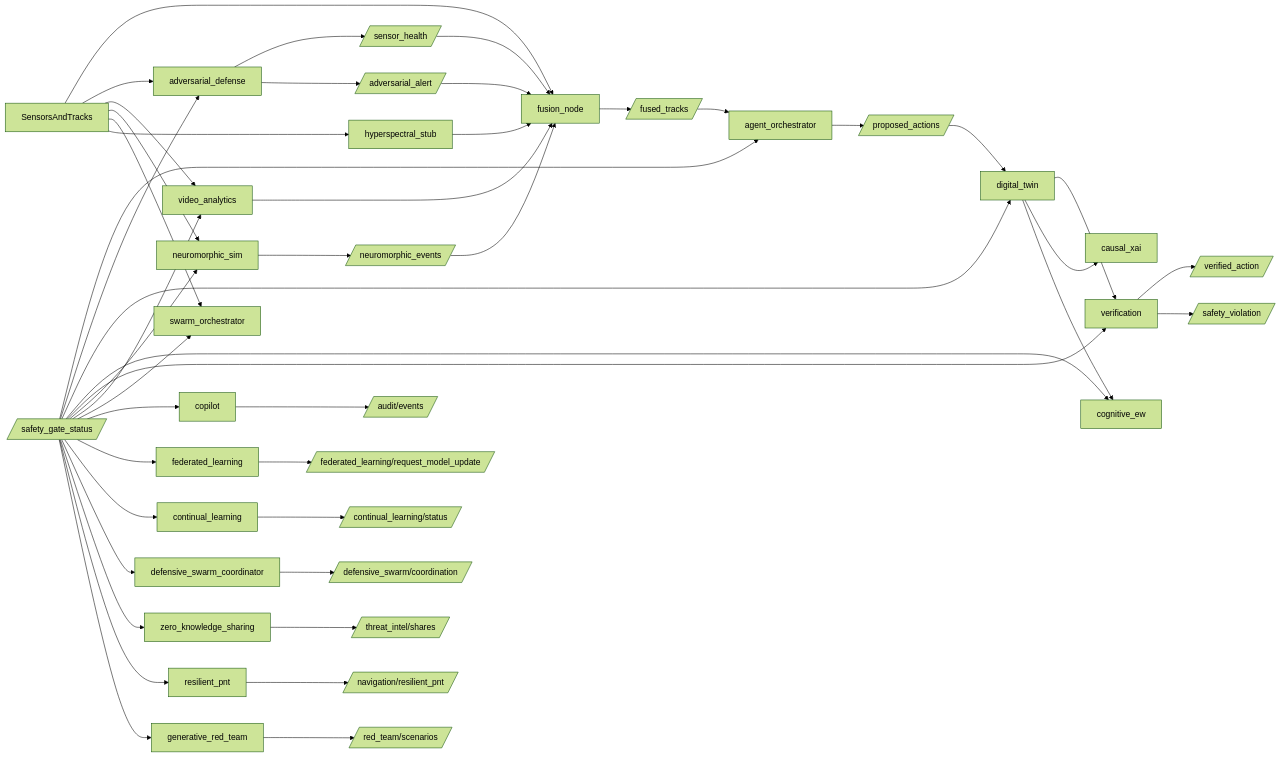
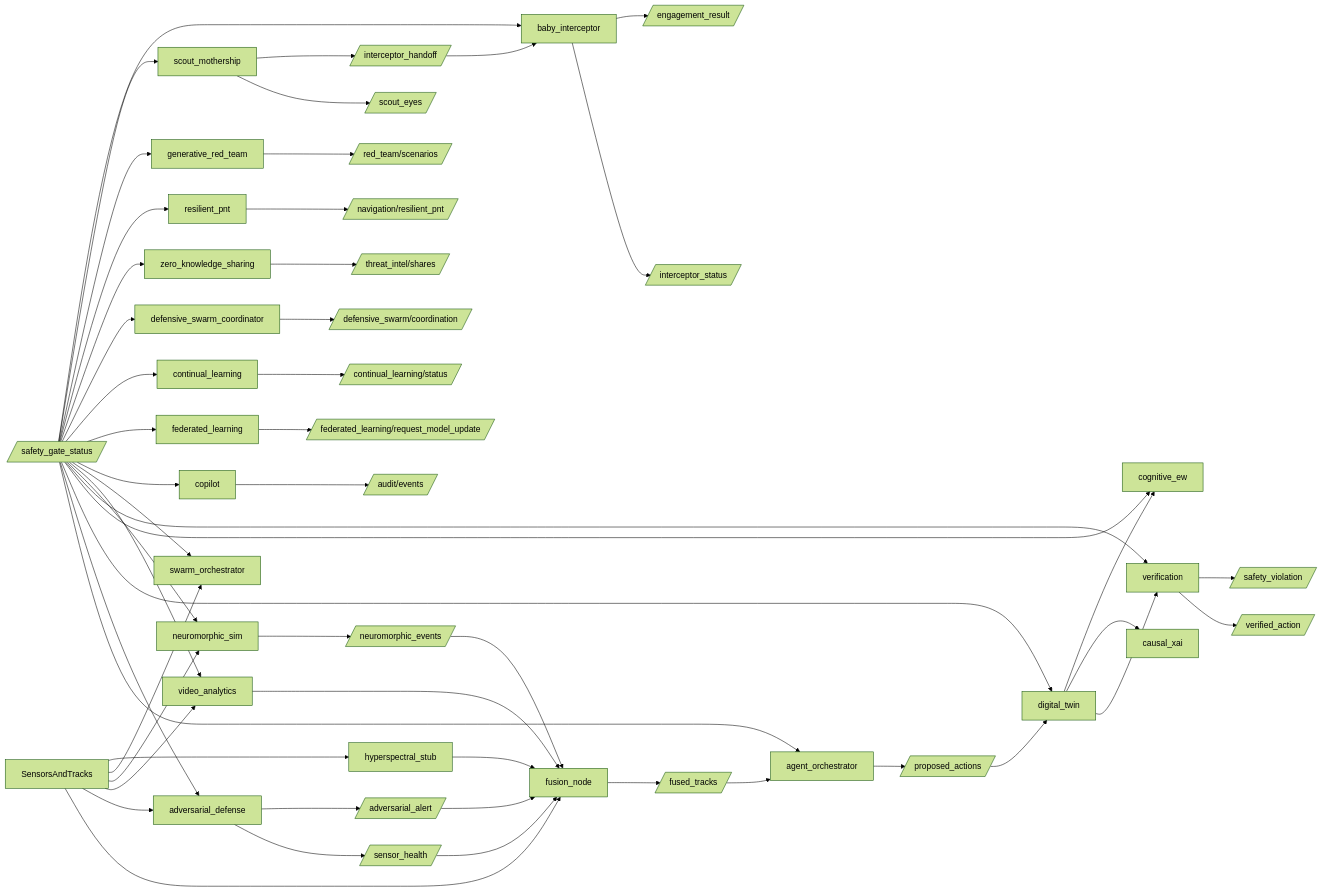
Before and after one commit to FratresMedAI/Ancile-Aeris: the diagram in docs/COGNITIVE_ARCHITECTURE.md, drawn with Mermaid (forest theme). The commit also changed other lines of this file and 35 other files, not shown here.

````diff
--- a/docs/COGNITIVE_ARCHITECTURE.md
+++ b/docs/COGNITIVE_ARCHITECTURE.md
@@ -40,48 +43,55 @@
 ```mermaid
 flowchart LR
   sensorInputs[SensorsAndTracks] --> fusionNode[fusion_node]
   sensorInputs --> adversarialDefense[adversarial_defense]
   sensorInputs --> videoAnalytics[video_analytics]
   sensorInputs --> neuromorphicSim[neuromorphic_sim]
   sensorInputs --> swarmOrchestrator[swarm_orchestrator]
   sensorInputs --> hyperspectral[hyperspectral_stub]
   videoAnalytics --> fusionNode
   neuromorphicSim --> eventTopic[/neuromorphic_events/]
   eventTopic --> fusionNode
   hyperspectral --> fusionNode
   adversarialDefense --> sensorHealth[/sensor_health/]
   adversarialDefense --> adversarialAlert[/adversarial_alert/]
   sensorHealth --> fusionNode
   adversarialAlert --> fusionNode
   fusionNode --> fusedTracks[/fused_tracks/]
   fusedTracks --> agentOrchestrator[agent_orchestrator]
   agentOrchestrator --> proposedActions[/proposed_actions/]
   proposedActions --> digitalTwin[digital_twin]
   digitalTwin --> verification[verification]
   digitalTwin --> causalXai[causal_xai]
   verification --> verifiedAction[/verified_action/]
   verification --> safetyViolation[/safety_violation/]
   digitalTwin --> cognitiveEw[cognitive_ew]
   federatedLearning[federated_learning] --> modelUpdateSvc[/federated_learning/request_model_update/]
   continualLearning[continual_learning] --> learningStatus[/continual_learning/status/]
   defensiveSwarm[defensive_swarm_coordinator] --> defensiveCoord[/defensive_swarm/coordination/]
   zkSharing[zero_knowledge_sharing] --> threatShare[/threat_intel/shares/]
   resilientPnt[resilient_pnt] --> pntTopic[/navigation/resilient_pnt/]
   redTeam[generative_red_team] --> redTeamTopic[/red_team/scenarios/]
+  scoutMothership[scout_mothership] --> scoutEyes[/scout_eyes/]
+  scoutMothership --> interceptorHandoff[/interceptor_handoff/]
+  interceptorHandoff --> babyInterceptor[baby_interceptor]
+  babyInterceptor --> interceptorStatus[/interceptor_status/]
+  babyInterceptor --> engagementResult[/engagement_result/]
   copilot[copilot] --> auditEvents[/audit/events/]
   safetyGate[/safety_gate_status/] --> agentOrchestrator
   safetyGate --> adversarialDefense
   safetyGate --> digitalTwin
   safetyGate --> cognitiveEw
   safetyGate --> verification
   safetyGate --> neuromorphicSim
   safetyGate --> videoAnalytics
   safetyGate --> swarmOrchestrator
   safetyGate --> copilot
   safetyGate --> federatedLearning
   safetyGate --> continualLearning
   safetyGate --> defensiveSwarm
   safetyGate --> zkSharing
   safetyGate --> resilientPnt
   safetyGate --> redTeam
+  safetyGate --> scoutMothership
+  safetyGate --> babyInterceptor
 ```
````
